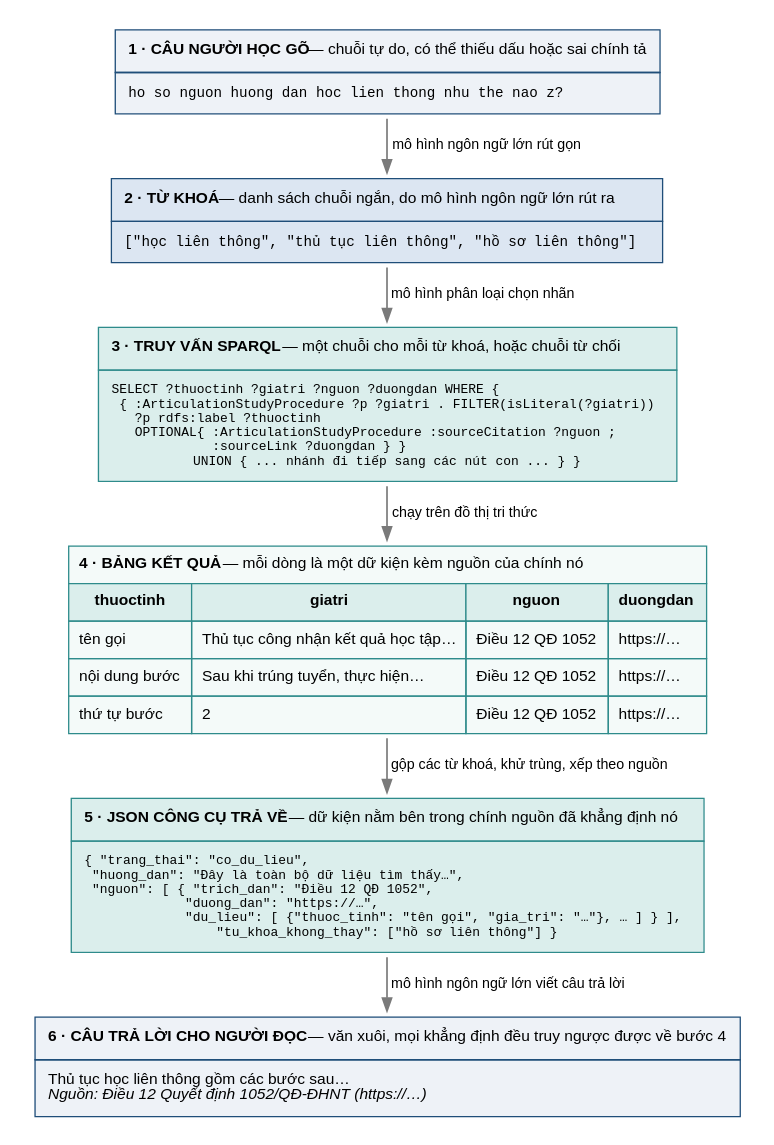
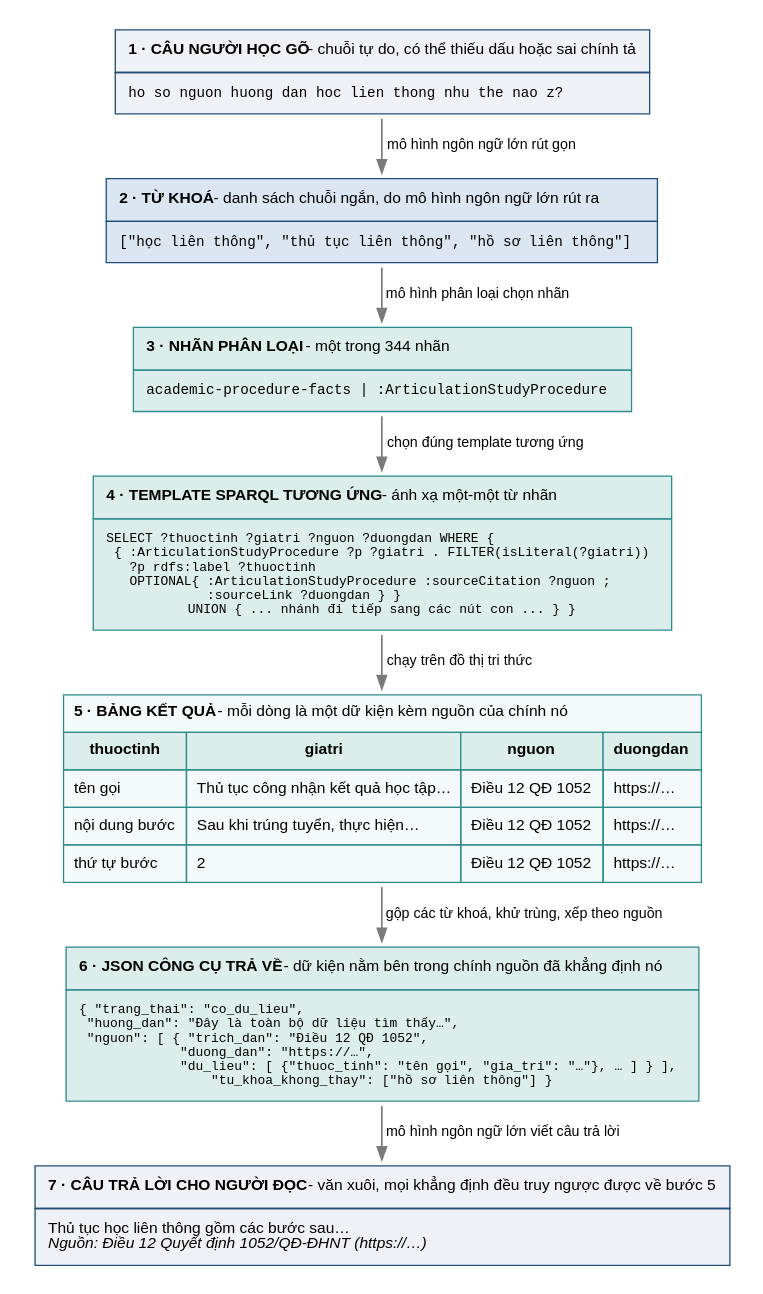
One commit to vpthinh19/ontology-chatbot changed the diagram in artifacts/figures/data-shape.dot. Above: the diagram before and after it, drawn with Graphviz. The commit also changed 19 other files, not shown here.

```diff
--- a/artifacts/figures/data-shape.dot
+++ b/artifacts/figures/data-shape.dot
@@ -1,51 +1,58 @@
 digraph hinh_dang {
   pad=0.15;
   rankdir=TB; bgcolor="white"; nodesep=0.3; ranksep=0.42;
   node [shape=plaintext, fontname="Liberation Sans", fontsize=12];
   edge [fontname="Liberation Sans", fontsize=11, color="#7a7a7a", penwidth=1.3];
 
   b1 [label=<
     <TABLE BORDER="0" CELLBORDER="1" CELLSPACING="0" CELLPADDING="9" BGCOLOR="#eef2f7" COLOR="#1f4e79">
-      <TR><TD ALIGN="LEFT"><B>1 · CÂU NGƯỜI HỌC GÕ</B> &#8212; chuỗi tự do, có thể thiếu dấu hoặc sai chính tả</TD></TR>
+      <TR><TD ALIGN="LEFT"><B>1 · CÂU NGƯỜI HỌC GÕ</B> - chuỗi tự do, có thể thiếu dấu hoặc sai chính tả</TD></TR>
       <TR><TD ALIGN="LEFT"><FONT FACE="Liberation Mono" POINT-SIZE="11">ho so nguon huong dan hoc lien thong nhu the nao z?</FONT></TD></TR>
     </TABLE>>];
 
   b2 [label=<
     <TABLE BORDER="0" CELLBORDER="1" CELLSPACING="0" CELLPADDING="9" BGCOLOR="#dce6f2" COLOR="#1f4e79">
-      <TR><TD ALIGN="LEFT"><B>2 · TỪ KHOÁ</B> &#8212; danh sách chuỗi ngắn, do mô hình ngôn ngữ lớn rút ra</TD></TR>
+      <TR><TD ALIGN="LEFT"><B>2 · TỪ KHOÁ</B> - danh sách chuỗi ngắn, do mô hình ngôn ngữ lớn rút ra</TD></TR>
       <TR><TD ALIGN="LEFT"><FONT FACE="Liberation Mono" POINT-SIZE="11">["học liên thông", "thủ tục liên thông", "hồ sơ liên thông"]</FONT></TD></TR>
     </TABLE>>];
 
   b3 [label=<
     <TABLE BORDER="0" CELLBORDER="1" CELLSPACING="0" CELLPADDING="9" BGCOLOR="#dbeeec" COLOR="#2e8b8b">
-      <TR><TD ALIGN="LEFT"><B>3 · TRUY VẤN SPARQL</B> &#8212; một chuỗi cho mỗi từ khoá, hoặc chuỗi từ chối</TD></TR>
+      <TR><TD ALIGN="LEFT"><B>3 · NHÃN PHÂN LOẠI</B> - một trong 344 nhãn</TD></TR>
+      <TR><TD ALIGN="LEFT"><FONT FACE="Liberation Mono" POINT-SIZE="11">academic-procedure-facts | :ArticulationStudyProcedure</FONT></TD></TR>
+    </TABLE>>];
+
+  b4 [label=<
+    <TABLE BORDER="0" CELLBORDER="1" CELLSPACING="0" CELLPADDING="9" BGCOLOR="#dbeeec" COLOR="#2e8b8b">
+      <TR><TD ALIGN="LEFT"><B>4 · TEMPLATE SPARQL TƯƠNG ỨNG</B> - ánh xạ một-một từ nhãn</TD></TR>
       <TR><TD ALIGN="LEFT"><FONT FACE="Liberation Mono" POINT-SIZE="10">SELECT ?thuoctinh ?giatri ?nguon ?duongdan WHERE {<BR ALIGN="LEFT"/>  { :ArticulationStudyProcedure ?p ?giatri . FILTER(isLiteral(?giatri))<BR ALIGN="LEFT"/>    ?p rdfs:label ?thuoctinh<BR ALIGN="LEFT"/>    OPTIONAL{ :ArticulationStudyProcedure :sourceCitation ?nguon ;<BR ALIGN="LEFT"/>              :sourceLink ?duongdan } }<BR ALIGN="LEFT"/>  UNION { ... nhánh đi tiếp sang các nút con ... } }</FONT></TD></TR>
     </TABLE>>];
 
-  b4 [label=<
+  b5 [label=<
     <TABLE BORDER="0" CELLBORDER="1" CELLSPACING="0" CELLPADDING="7" BGCOLOR="#f4faf9" COLOR="#2e8b8b">
-      <TR><TD ALIGN="LEFT" COLSPAN="4"><B>4 · BẢNG KẾT QUẢ</B> &#8212; mỗi dòng là một dữ kiện kèm nguồn của chính nó</TD></TR>
+      <TR><TD ALIGN="LEFT" COLSPAN="4"><B>5 · BẢNG KẾT QUẢ</B> - mỗi dòng là một dữ kiện kèm nguồn của chính nó</TD></TR>
       <TR><TD BGCOLOR="#dbeeec"><B>thuoctinh</B></TD><TD BGCOLOR="#dbeeec"><B>giatri</B></TD><TD BGCOLOR="#dbeeec"><B>nguon</B></TD><TD BGCOLOR="#dbeeec"><B>duongdan</B></TD></TR>
       <TR><TD ALIGN="LEFT">tên gọi</TD><TD ALIGN="LEFT">Thủ tục công nhận kết quả học tập…</TD><TD ALIGN="LEFT">Điều 12 QĐ 1052</TD><TD ALIGN="LEFT">https://…</TD></TR>
       <TR><TD ALIGN="LEFT">nội dung bước</TD><TD ALIGN="LEFT">Sau khi trúng tuyển, thực hiện…</TD><TD ALIGN="LEFT">Điều 12 QĐ 1052</TD><TD ALIGN="LEFT">https://…</TD></TR>
       <TR><TD ALIGN="LEFT">thứ tự bước</TD><TD ALIGN="LEFT">2</TD><TD ALIGN="LEFT">Điều 12 QĐ 1052</TD><TD ALIGN="LEFT">https://…</TD></TR>
     </TABLE>>];
 
-  b5 [label=<
+  b6 [label=<
     <TABLE BORDER="0" CELLBORDER="1" CELLSPACING="0" CELLPADDING="9" BGCOLOR="#dbeeec" COLOR="#2e8b8b">
-      <TR><TD ALIGN="LEFT"><B>5 · JSON CÔNG CỤ TRẢ VỀ</B> &#8212; dữ kiện nằm bên trong chính nguồn đã khẳng định nó</TD></TR>
+      <TR><TD ALIGN="LEFT"><B>6 · JSON CÔNG CỤ TRẢ VỀ</B> - dữ kiện nằm bên trong chính nguồn đã khẳng định nó</TD></TR>
       <TR><TD ALIGN="LEFT"><FONT FACE="Liberation Mono" POINT-SIZE="10">{ "trang_thai": "co_du_lieu",<BR ALIGN="LEFT"/>  "huong_dan": "Đây là toàn bộ dữ liệu tìm thấy…",<BR ALIGN="LEFT"/>  "nguon": [ { "trich_dan": "Điều 12 QĐ 1052",<BR ALIGN="LEFT"/>              "duong_dan": "https://…",<BR ALIGN="LEFT"/>              "du_lieu": [ {"thuoc_tinh": "tên gọi", "gia_tri": "…"}, … ] } ],<BR ALIGN="LEFT"/>  "tu_khoa_khong_thay": ["hồ sơ liên thông"] }</FONT></TD></TR>
     </TABLE>>];
 
-  b6 [label=<
+  b7 [label=<
     <TABLE BORDER="0" CELLBORDER="1" CELLSPACING="0" CELLPADDING="9" BGCOLOR="#eef2f7" COLOR="#1f4e79">
-      <TR><TD ALIGN="LEFT"><B>6 · CÂU TRẢ LỜI CHO NGƯỜI ĐỌC</B> &#8212; văn xuôi, mọi khẳng định đều truy ngược được về bước 4</TD></TR>
+      <TR><TD ALIGN="LEFT"><B>7 · CÂU TRẢ LỜI CHO NGƯỜI ĐỌC</B> - văn xuôi, mọi khẳng định đều truy ngược được về bước 5</TD></TR>
       <TR><TD ALIGN="LEFT">Thủ tục học liên thông gồm các bước sau… <BR ALIGN="LEFT"/><I>Nguồn: Điều 12 Quyết định 1052/QĐ-ĐHNT (https://…)</I></TD></TR>
     </TABLE>>];
 
   b1 -> b2 [label="  mô hình ngôn ngữ lớn rút gọn  "];
   b2 -> b3 [label="  mô hình phân loại chọn nhãn  "];
-  b3 -> b4 [label="  chạy trên đồ thị tri thức  "];
-  b4 -> b5 [label="  gộp các từ khoá, khử trùng, xếp theo nguồn  "];
-  b5 -> b6 [label="  mô hình ngôn ngữ lớn viết câu trả lời  "];
+  b3 -> b4 [label="  chọn đúng template tương ứng  "];
+  b4 -> b5 [label="  chạy trên đồ thị tri thức  "];
+  b5 -> b6 [label="  gộp các từ khoá, khử trùng, xếp theo nguồn  "];
+  b6 -> b7 [label="  mô hình ngôn ngữ lớn viết câu trả lời  "];
 }
```
